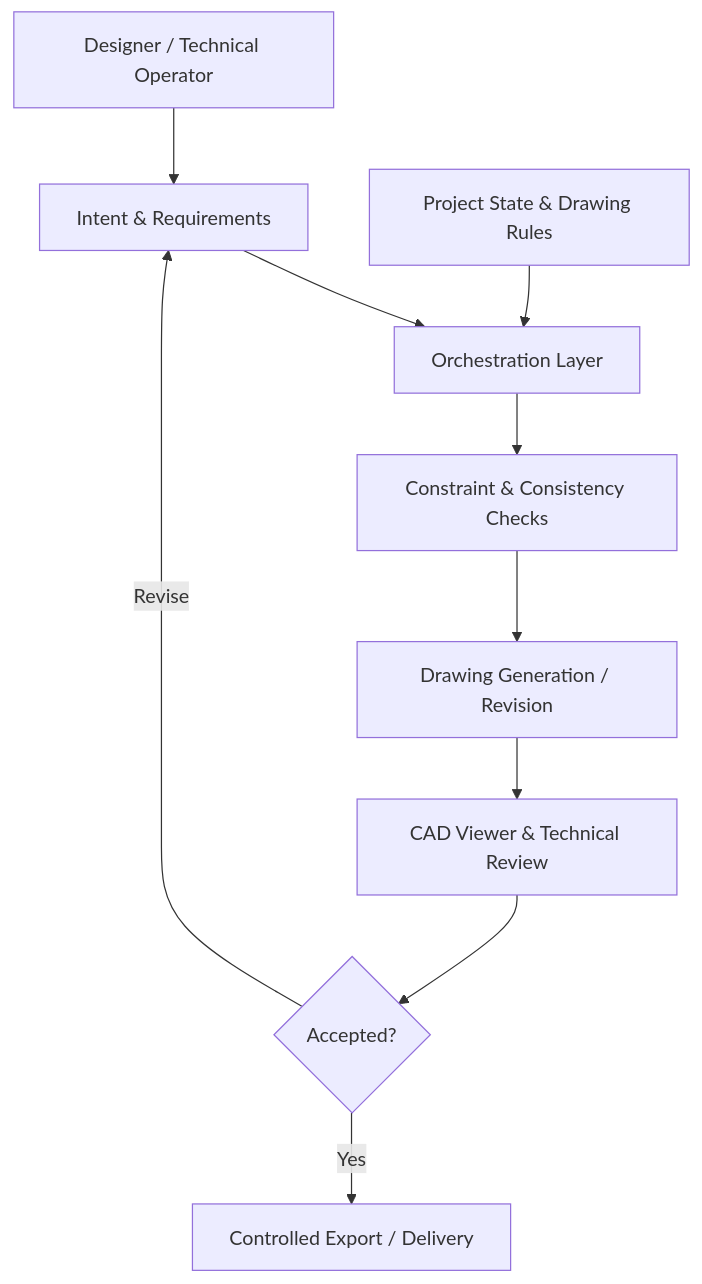
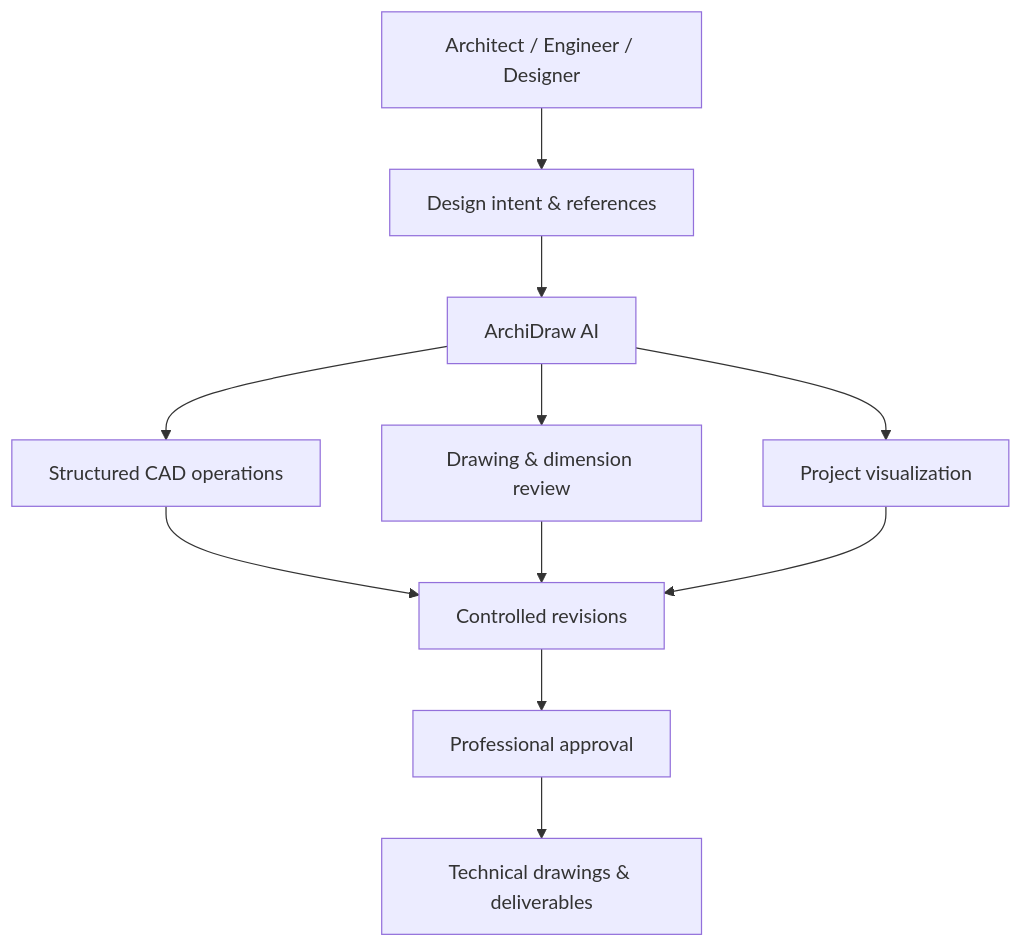
The diagram in README.md (ArckomVanDrike/archidraw-ai-open), drawn with Mermaid before and after one commit. The commit also changed other lines of this file, not shown here.

Commit message:
docs: present ArchiDraw AI product capabilities and architecture

````diff
--- a/README.md
+++ b/README.md
@@ -15,12 +55,13 @@
 ```mermaid
 flowchart TD
-    U[Designer / Technical Operator] --> I[Intent & Requirements]
-    I --> O[Orchestration Layer]
-    P[Project State & Drawing Rules] --> O
-    O --> V[Constraint & Consistency Checks]
-    V --> G[Drawing Generation / Revision]
-    G --> R[CAD Viewer & Technical Review]
-    R --> A{Accepted?}
-    A -->|Revise| I
-    A -->|Yes| E[Controlled Export / Delivery]
+  A[Architect / Engineer / Designer] --> B[Design intent & references]
+  B --> C[ArchiDraw AI]
+  C --> D[Structured CAD operations]
+  C --> E[Drawing & dimension review]
+  C --> F[Project visualization]
+  D --> G[Controlled revisions]
+  E --> G
+  F --> G
+  G --> H[Professional approval]
+  H --> I[Technical drawings & deliverables]
 ```
````
